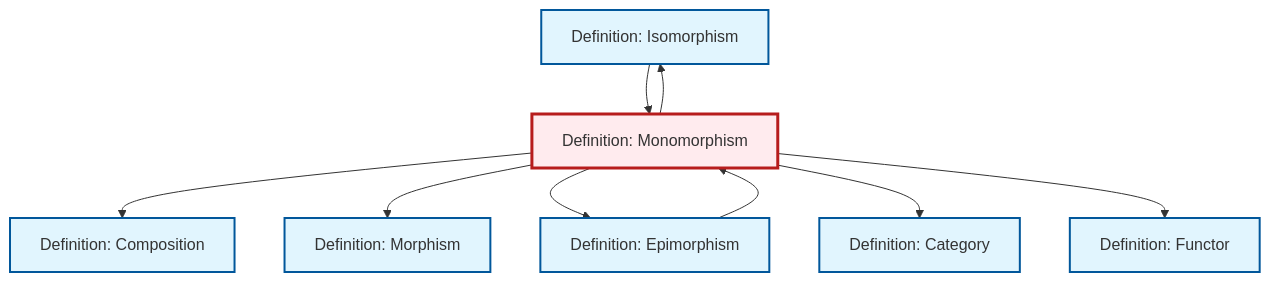
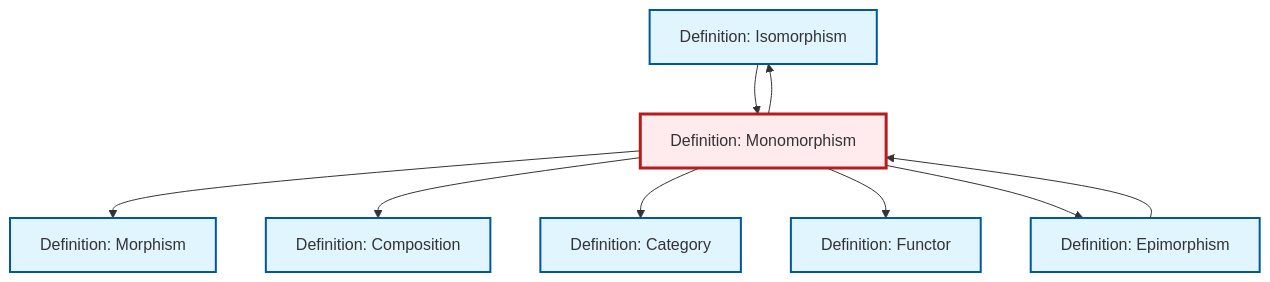
One commit to RK0429/ModernMath changed the diagram in content/en/category-theory/def-monomorphism.qmd. Above: the diagram before and after it, drawn with Mermaid. The commit also changed other lines of this file and 672 other files, not shown here.

````diff
--- a/content/en/category-theory/def-monomorphism.qmd
+++ b/content/en/category-theory/def-monomorphism.qmd
@@ -95,31 +95,31 @@
 ```{mermaid}
 %%| fig-cap: "Local dependency graph"
 graph TD
     classDef definition fill:#e1f5fe,stroke:#01579b,stroke-width:2px
     classDef theorem fill:#f3e5f5,stroke:#4a148c,stroke-width:2px
     classDef axiom fill:#fff3e0,stroke:#e65100,stroke-width:2px
     classDef example fill:#e8f5e9,stroke:#1b5e20,stroke-width:2px
     classDef current fill:#ffebee,stroke:#b71c1c,stroke-width:3px
+    def-morphism["Definition: Morphism"]:::definition
     def-isomorphism["Definition: Isomorphism"]:::definition
+    def-epimorphism["Definition: Epimorphism"]:::definition
     def-composition["Definition: Composition"]:::definition
     def-category["Definition: Category"]:::definition
+    def-functor["Definition: Functor"]:::definition
     def-monomorphism["Definition: Monomorphism"]:::definition
-    def-functor["Definition: Functor"]:::definition
-    def-morphism["Definition: Morphism"]:::definition
-    def-epimorphism["Definition: Epimorphism"]:::definition
+    def-epimorphism --> def-monomorphism
+    def-monomorphism --> def-morphism
     def-monomorphism --> def-composition
-    def-monomorphism --> def-morphism
+    def-monomorphism --> def-category
+    def-isomorphism --> def-monomorphism
     def-monomorphism --> def-isomorphism
-    def-isomorphism --> def-monomorphism
-    def-epimorphism --> def-monomorphism
+    def-monomorphism --> def-functor
     def-monomorphism --> def-epimorphism
-    def-monomorphism --> def-category
-    def-monomorphism --> def-functor
     class def-monomorphism current
+    click def-morphism "def-morphism.html" "Go to Morphism definition"
     click def-isomorphism "def-isomorphism.html" "Go to Isomorphism definition"
+    click def-epimorphism "def-epimorphism.html" "Go to Epimorphism definition"
     click def-composition "def-composition.html" "Go to Composition definition"
     click def-category "def-category.html" "Go to Category definition"
     click def-functor "def-functor.html" "Go to Functor definition"
-    click def-morphism "def-morphism.html" "Go to Morphism definition"
-    click def-epimorphism "def-epimorphism.html" "Go to Epimorphism definition"
 ```
````
